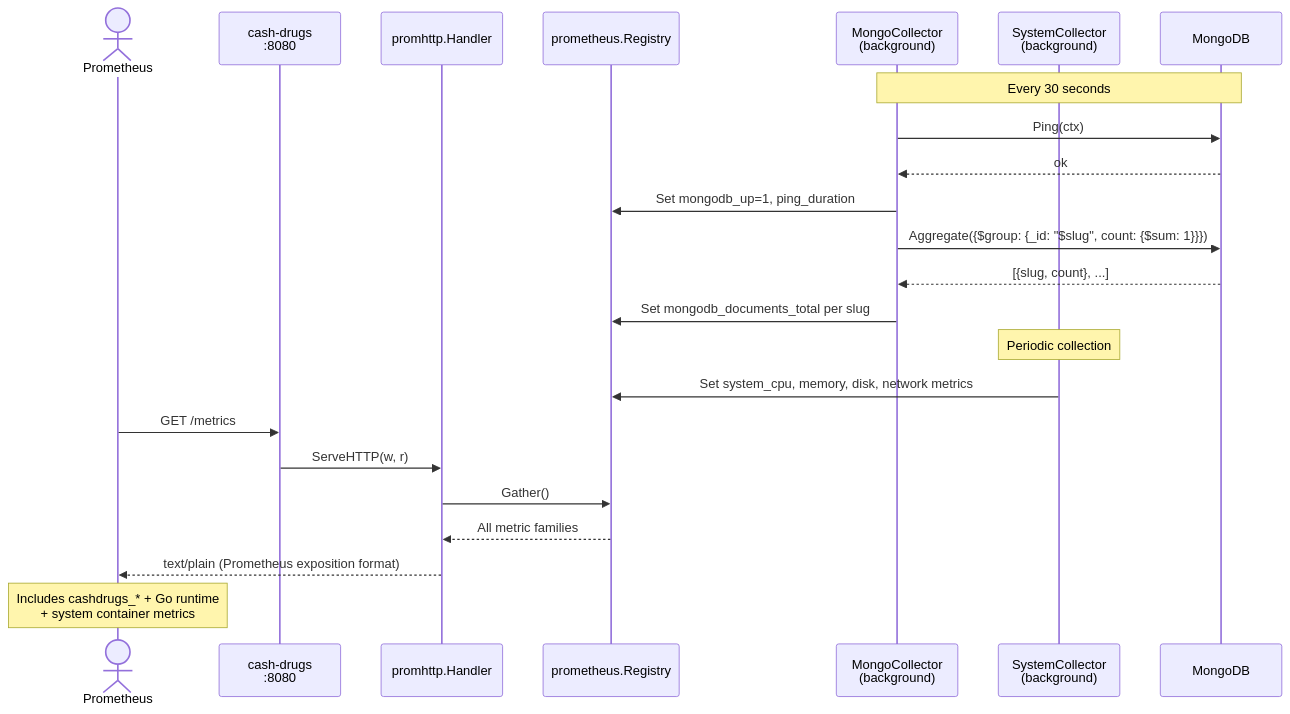
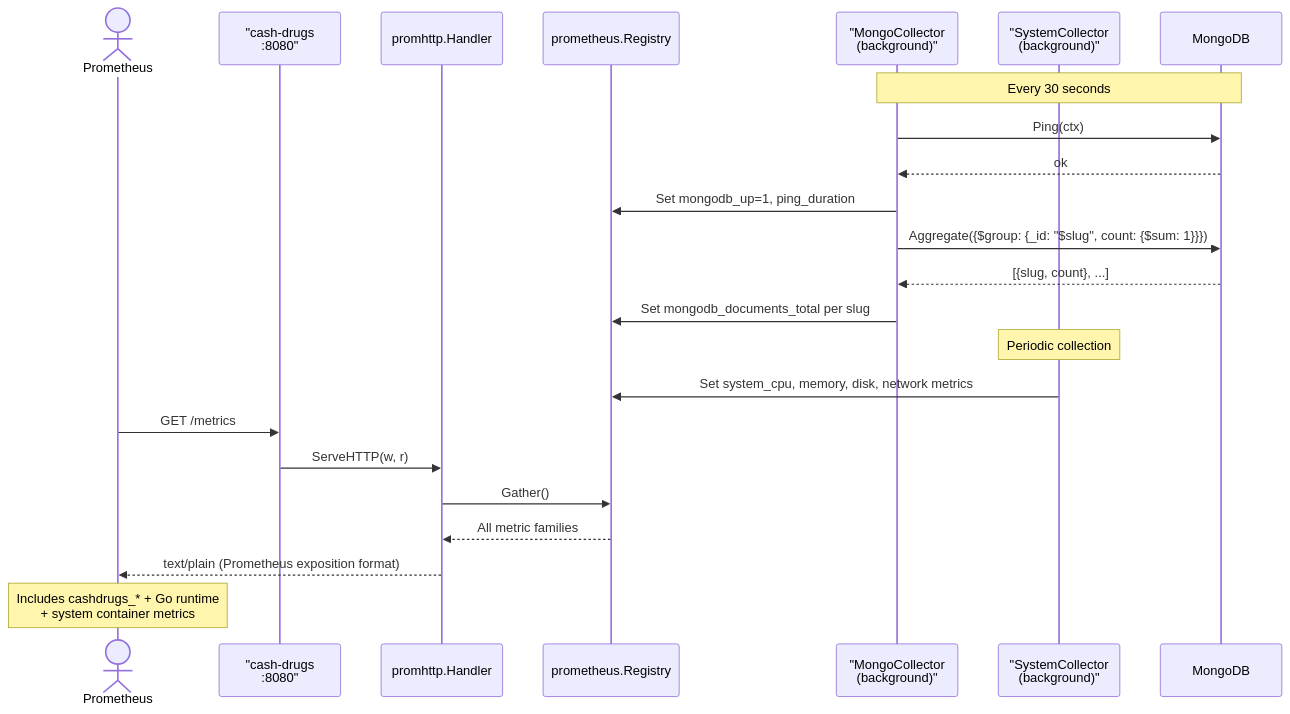
One commit to finish06/cash-drugs changed diagram 12 of 31 in docs/sequence-diagram.md. Above: the diagram before and after it, drawn with Mermaid. The commit also changed other lines of this file and 8 other files, not shown here.

````diff
--- a/docs/sequence-diagram.md
+++ b/docs/sequence-diagram.md
@@ -471,28 +474,28 @@
 ```mermaid
 sequenceDiagram
     actor Prom as Prometheus
-    participant GW as cash-drugs<br/>:8080
+    participant GW as "cash-drugs<br/>:8080"
     participant MH as promhttp.Handler
     participant REG as prometheus.Registry
-    participant MC as MongoCollector<br/>(background)
-    participant SC as SystemCollector<br/>(background)
+    participant MC as "MongoCollector<br/>(background)"
+    participant SC as "SystemCollector<br/>(background)"
     participant DB as MongoDB
 
     Note over MC,DB: Every 30 seconds
     MC->>DB: Ping(ctx)
     DB-->>MC: ok
     MC->>REG: Set mongodb_up=1, ping_duration
     MC->>DB: Aggregate({$group: {_id: "$slug", count: {$sum: 1}}})
     DB-->>MC: [{slug, count}, ...]
     MC->>REG: Set mongodb_documents_total per slug
 
     Note over SC: Periodic collection
     SC->>REG: Set system_cpu, memory, disk, network metrics
 
     Prom->>GW: GET /metrics
     GW->>MH: ServeHTTP(w, r)
     MH->>REG: Gather()
     REG-->>MH: All metric families
     MH-->>Prom: text/plain (Prometheus exposition format)
     Note over Prom: Includes cashdrugs_* + Go runtime<br/>+ system container metrics
 ```
````
